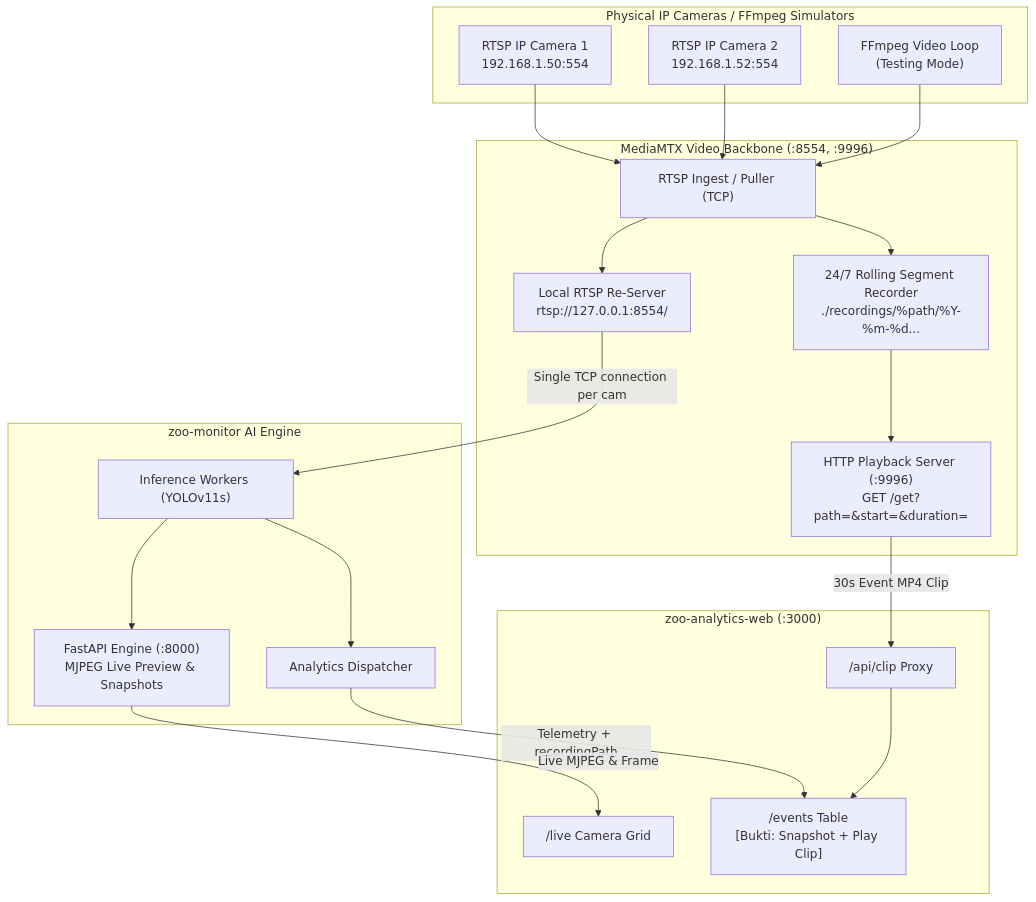
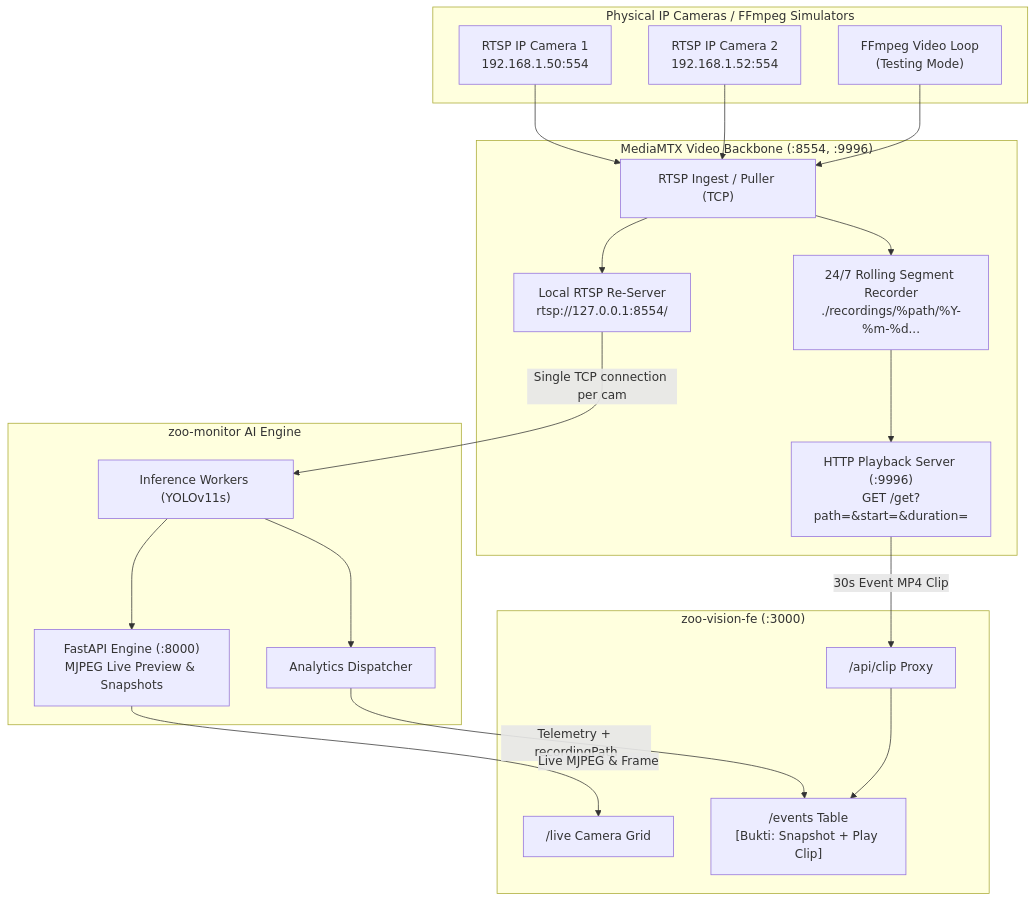
The diagram in docs/09_MEDIAMTX_SETUP_AND_TESTING_GUIDE.md (Aryaputra34/zoo-vision), drawn with Mermaid before and after one commit. The commit also changed other lines of this file and 7 other files, not shown here.

````diff
--- a/docs/09_MEDIAMTX_SETUP_AND_TESTING_GUIDE.md
+++ b/docs/09_MEDIAMTX_SETUP_AND_TESTING_GUIDE.md
@@ -27,42 +27,42 @@
 ```mermaid
 graph TD
     subgraph Cameras ["Physical IP Cameras / FFmpeg Simulators"]
         Cam1["RTSP IP Camera 1<br/>192.168.1.50:554"]
         Cam2["RTSP IP Camera 2<br/>192.168.1.52:554"]
         Sim["FFmpeg Video Loop<br/>(Testing Mode)"]
     end
 
     subgraph MediaMTX ["MediaMTX Video Backbone (:8554, :9996)"]
         Puller["RTSP Ingest / Puller (TCP)"]
         Recorder["24/7 Rolling Segment Recorder<br/>./recordings/%path/%Y-%m-%d..."]
         RTSPReServer["Local RTSP Re-Server<br/>rtsp://127.0.0.1:8554/<path>"]
         PlaybackAPI["HTTP Playback Server (:9996)<br/>GET /get?path=<id>&start=<iso>&duration=<s>"]
     end
 
     subgraph PythonAI ["zoo-monitor AI Engine"]
         Worker["Inference Workers (YOLOv11s)"]
         API["FastAPI Engine (:8000)<br/>MJPEG Live Preview & Snapshots"]
         Disp["Analytics Dispatcher"]
     end
 
-    subgraph Dashboard ["zoo-analytics-web (:3000)"]
+    subgraph Dashboard ["zoo-vision-fe (:3000)"]
         LivePage["/live Camera Grid"]
         EventsPage["/events Table<br/>[Bukti: Snapshot + Play Clip]"]
         ClipProxy["/api/clip Proxy"]
     end
 
     Cam1 --> Puller
     Cam2 --> Puller
     Sim --> Puller
     Puller --> Recorder
     Puller --> RTSPReServer
     Recorder --> PlaybackAPI
 
     RTSPReServer -->|Single TCP connection per cam| Worker
     Worker --> Disp
     Worker --> API
     Disp -->|Telemetry + recordingPath| EventsPage
     API -->|Live MJPEG & Frame| LivePage
     PlaybackAPI -->|30s Event MP4 Clip| ClipProxy
     ClipProxy --> EventsPage
 ```
````
